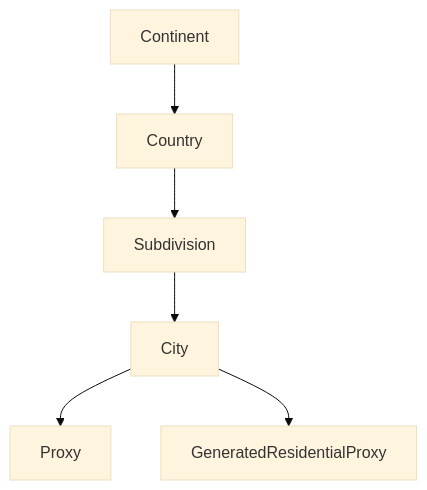
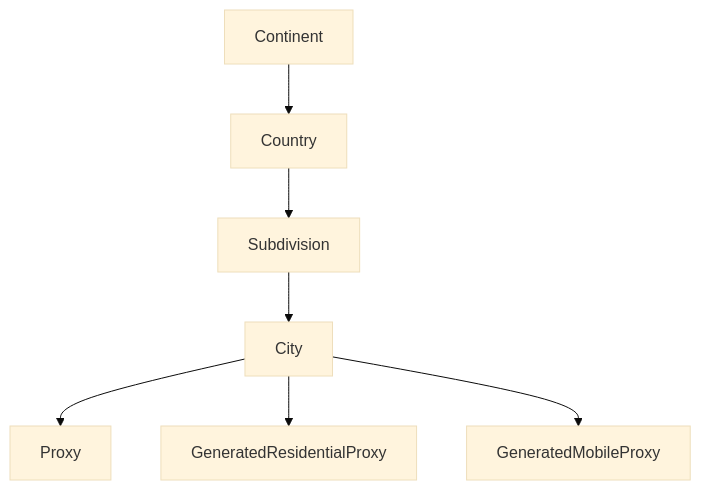
The diagram in api-objects/city.mdx (pingproxies/ping-proxies-public-api-docs), drawn with Mermaid (base theme) before and after one commit. The commit also changed other lines of this file and 11 other files, not shown here.

````diff
--- a/api-objects/city.mdx
+++ b/api-objects/city.mdx
@@ -33,8 +34,9 @@
 ```mermaid
 graph TD
     Continent --> Country
     Country --> Subdivision
     Subdivision --> City
     City --> Proxy
     City --> GeneratedResidentialProxy
+    City --> GeneratedMobileProxy
 ```
````
